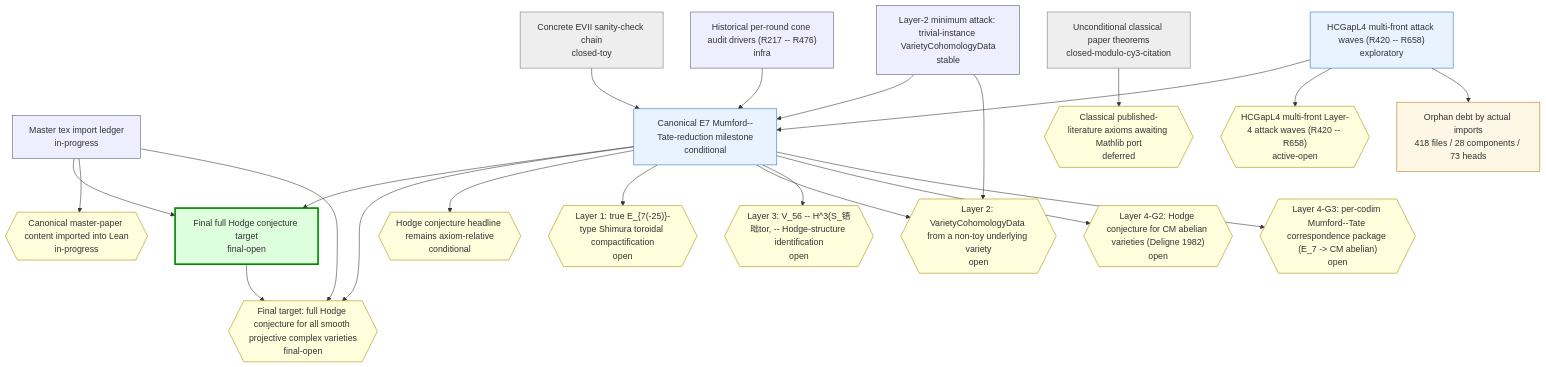
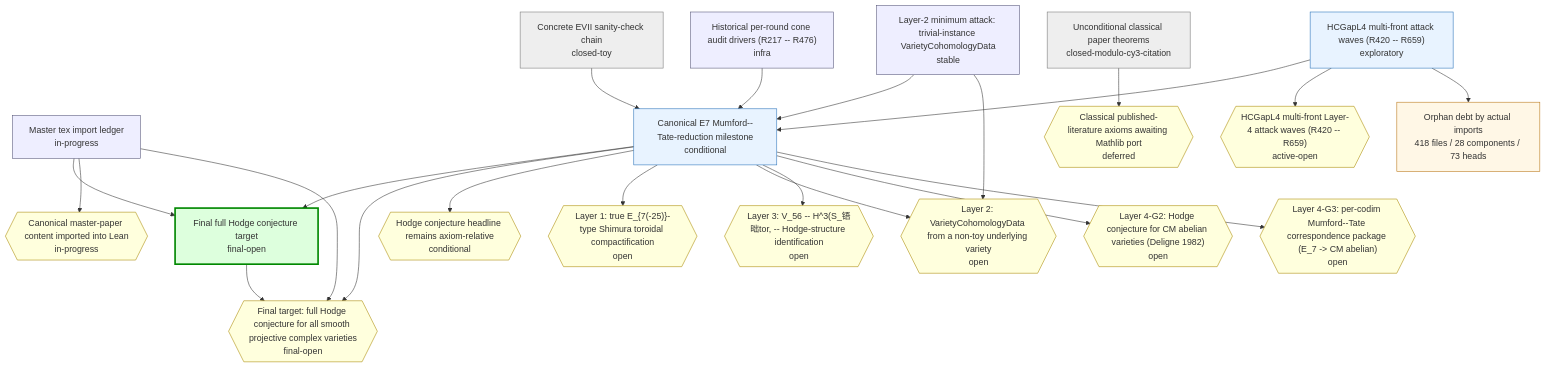
One commit to crabsatellite/hodge-conjecture-lean4-formalization changed the first of 2 diagrams in chain-status/research-map.md. Above: the diagram before and after it, drawn with Mermaid. The commit also changed other lines of this file and 8 other files, not shown here.

````diff
--- a/chain-status/research-map.md
+++ b/chain-status/research-map.md
@@ -46,54 +46,54 @@
 ```mermaid
 graph TD
   classDef main fill:#dfd,stroke:#080,stroke-width:3px
   classDef active fill:#e8f3ff,stroke:#2670b8
   classDef support fill:#eef,stroke:#557
   classDef closed fill:#eee,stroke:#777
   classDef dead fill:#fdd,stroke:#a00,stroke-width:2px
   classDef gapOpen fill:#ffd,stroke:#a80
   classDef gapClosed fill:#eee,stroke:#777
   classDef gapDead fill:#fdd,stroke:#a00
   classDef debt fill:#fff7e6,stroke:#b87514
   classDef debtTaxonomy fill:#e8f3ff,stroke:#2670b8,stroke-dasharray:3 3
   classDef debtRule fill:#eefbea,stroke:#398439,stroke-dasharray:3 3
   classDef debtDead fill:#fdd,stroke:#a00,stroke-dasharray:3 3
   chain_full_hc_final_target["Final full Hodge conjecture target\nfinal-open"]:::main
   chain_master_paper_import_ledger["Master tex import ledger\nin-progress"]:::support
   chain_main_hc_axiom_relative["Canonical E7 Mumford--Tate-reduction milestone\nconditional"]:::active
   chain_unconditional_classical["Unconditional classical paper theorems\nclosed-modulo-cy3-citation"]:::closed
   chain_hcgap_l2_trivial_instances["Layer-2 minimum attack: trivial-instance VarietyCohomologyData\nstable"]:::support
-  chain_hcgap_l4_multifront_active["HCGapL4 multi-front attack waves (R420 -- R658)\nexploratory"]:::active
+  chain_hcgap_l4_multifront_active["HCGapL4 multi-front attack waves (R420 -- R659)\nexploratory"]:::active
   chain_concrete_evii_toy["Concrete EVII sanity-check chain\nclosed-toy"]:::closed
   chain_historical_cone_audits["Historical per-round cone audit drivers (R217 -- R476)\ninfra"]:::support
   gap_G_full_hc{{"Final target: full Hodge conjecture for all smooth projective complex varieties\nfinal-open"}}:::gapOpen
   gap_G_master_paper_import{{"Canonical master-paper content imported into Lean\nin-progress"}}:::gapOpen
   gap_G_main_hc{{"Hodge conjecture headline remains axiom-relative\nconditional"}}:::gapOpen
   gap_G_l1_e7_shimura_tor{{"Layer 1: true E_{7(-25)}-type Shimura toroidal compactification\nopen"}}:::gapOpen
   gap_G_l2_cohomology_construction{{"Layer 2: VarietyCohomologyData from a non-toy underlying variety\nopen"}}:::gapOpen
   gap_G_l3_v56_mt_identification{{"Layer 3: V_56 -- H^3(S_铻昢tor, -- Hodge-structure identification\nopen"}}:::gapOpen
   gap_G_l4_cm_abelian_hc{{"Layer 4-G2: Hodge conjecture for CM abelian varieties (Deligne 1982)\nopen"}}:::gapOpen
   gap_G_l4_mt_correspondence{{"Layer 4-G3: per-codim Mumford--Tate correspondence package (E_7 -> CM abelian)\nopen"}}:::gapOpen
   gap_G_classical_mathlib_port{{"Classical published-literature axioms awaiting Mathlib port\ndeferred"}}:::gapOpen
-  gap_G_hcgap_l4_multifront{{"HCGapL4 multi-front Layer-4 attack waves (R420 -- R658)\nactive-open"}}:::gapOpen
+  gap_G_hcgap_l4_multifront{{"HCGapL4 multi-front Layer-4 attack waves (R420 -- R659)\nactive-open"}}:::gapOpen
   chain_full_hc_final_target --> gap_G_full_hc
   chain_master_paper_import_ledger --> chain_full_hc_final_target
   chain_master_paper_import_ledger --> gap_G_master_paper_import
   chain_master_paper_import_ledger --> gap_G_full_hc
   chain_main_hc_axiom_relative --> chain_full_hc_final_target
   chain_main_hc_axiom_relative --> gap_G_full_hc
   chain_main_hc_axiom_relative --> gap_G_main_hc
   chain_main_hc_axiom_relative --> gap_G_l1_e7_shimura_tor
   chain_main_hc_axiom_relative --> gap_G_l2_cohomology_construction
   chain_main_hc_axiom_relative --> gap_G_l3_v56_mt_identification
   chain_main_hc_axiom_relative --> gap_G_l4_cm_abelian_hc
   chain_main_hc_axiom_relative --> gap_G_l4_mt_correspondence
   chain_unconditional_classical --> gap_G_classical_mathlib_port
   chain_hcgap_l2_trivial_instances --> chain_main_hc_axiom_relative
   chain_hcgap_l2_trivial_instances --> gap_G_l2_cohomology_construction
   chain_hcgap_l4_multifront_active --> chain_main_hc_axiom_relative
   chain_hcgap_l4_multifront_active --> gap_G_hcgap_l4_multifront
   chain_concrete_evii_toy --> chain_main_hc_axiom_relative
   chain_historical_cone_audits --> chain_main_hc_axiom_relative
   debt_all["Orphan debt by actual imports\n418 files / 28 components / 73 heads"]:::debt
   chain_hcgap_l4_multifront_active --> debt_all
 ```
````
